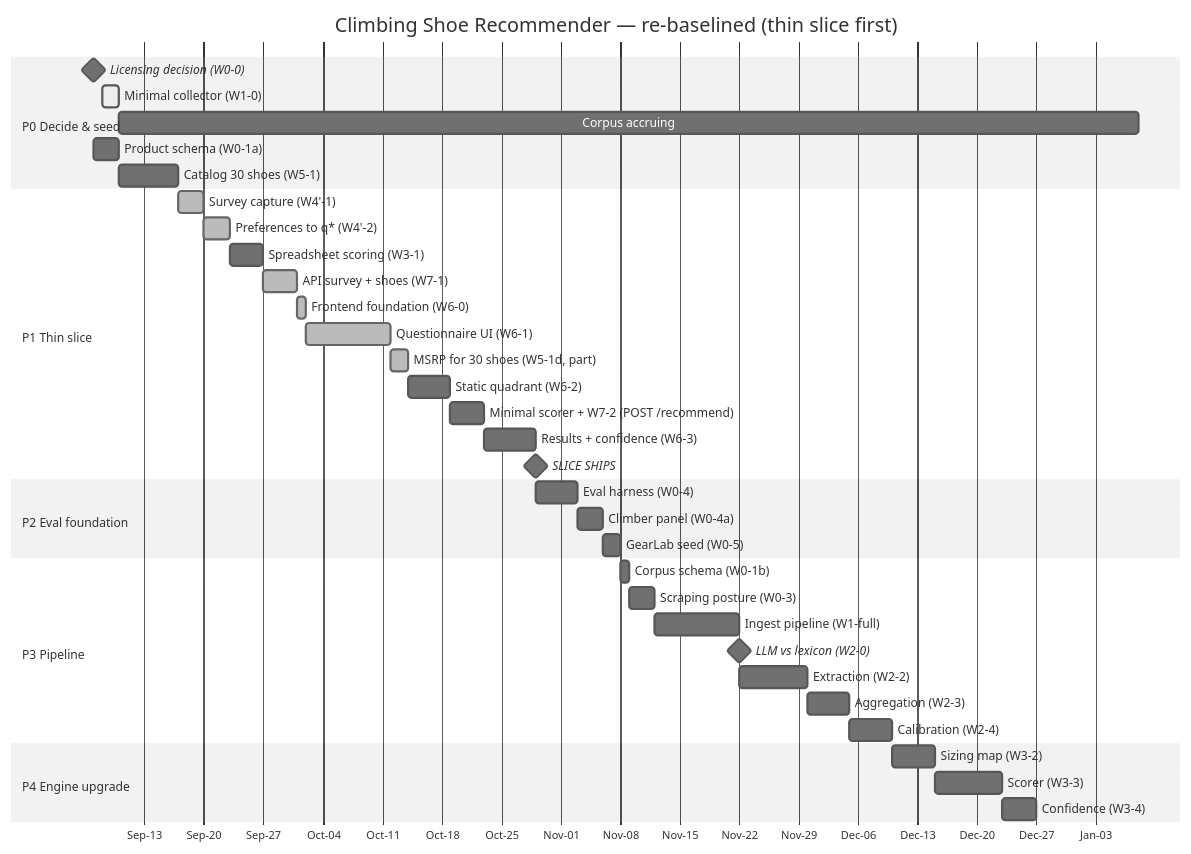
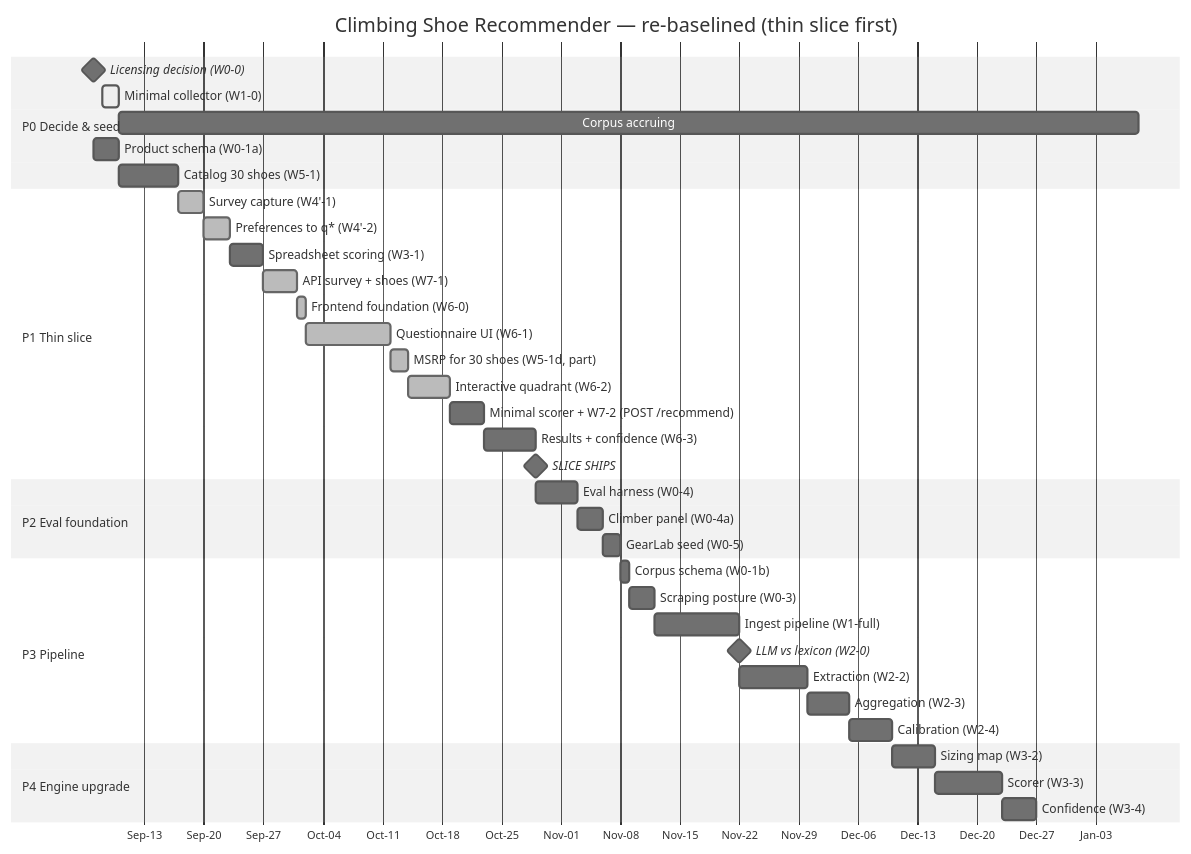
Before and after one commit to barlu3/CruxUp: the second of 2 diagrams in timeline.md, drawn with Mermaid (neutral theme). The commit also changed other lines of this file and 2 other files, not shown here.

````diff
--- a/timeline.md
+++ b/timeline.md
@@ -645,45 +646,45 @@
 ```mermaid
 gantt
   title Climbing Shoe Recommender — re-baselined (thin slice first)
   dateFormat YYYY-MM-DD
   axisFormat %b-%d
 
   section P0 Decide & seed
   Licensing decision (W0-0)        :milestone, m0, 2026-09-07, 0d
   Minimal collector (W1-0)         :active, c0, 2026-09-08, 2d
   Corpus accruing                  :c1, after c0, 120d
   Product schema (W0-1a)           :p0a, 2026-09-07, 3d
   Catalog 30 shoes (W5-1)          :p0b, after p0a, 7d
 
   section P1 Thin slice
   Survey capture (W4'-1)           :done, p1a0, 2026-09-17, 3d
   Preferences to q* (W4'-2)        :done, p1a, after p1a0, 3d
   Spreadsheet scoring (W3-1)       :p1b, after p1a, 4d
   API survey + shoes (W7-1)        :done, p1b2, after p1b, 4d
   Frontend foundation (W6-0)       :done, p1b3, 2026-10-01, 1d
   Questionnaire UI (W6-1)          :done, p1c, after p1b2 p1b3, 10d
   MSRP for 30 shoes (W5-1d, part)  :done, p1m, after p1c, 2d
-  Static quadrant (W6-2)           :p1d, after p1m, 5d
+  Interactive quadrant (W6-2)      :done, p1d, after p1m, 5d
   Minimal scorer + W7-2 (POST /recommend) :p1s, after p1d, 4d
   Results + confidence (W6-3)      :p1e, after p1s, 6d
   SLICE SHIPS                      :milestone, m1, after p1e, 0d
 
   section P2 Eval foundation
   Eval harness (W0-4)              :p2a, after p1e, 5d
   Climber panel (W0-4a)            :p2b, after p2a, 3d
   GearLab seed (W0-5)              :p2c, after p2b, 2d
 
   section P3 Pipeline
   Corpus schema (W0-1b)            :p3a, after p2c, 1d
   Scraping posture (W0-3)          :p3b, after p3a, 3d
   Ingest pipeline (W1-full)        :p3c, after p3b, 10d
   LLM vs lexicon (W2-0)            :milestone, m2, after p3c, 0d
   Extraction (W2-2)                :p3d, after p3c, 8d
   Aggregation (W2-3)               :p3e, after p3d, 5d
   Calibration (W2-4)               :p3f, after p3e, 5d
 
   section P4 Engine upgrade
   Sizing map (W3-2)                :p4a, after p3f, 5d
   Scorer (W3-3)                    :p4b, after p4a, 8d
   Confidence (W3-4)                :p4c, after p4b, 4d
 ```
````
